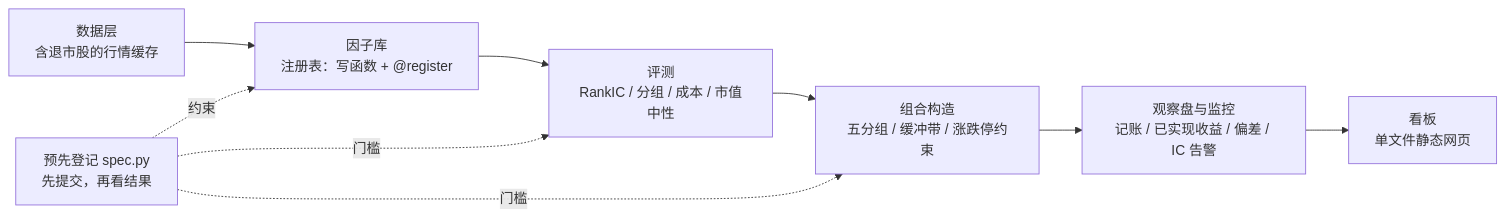
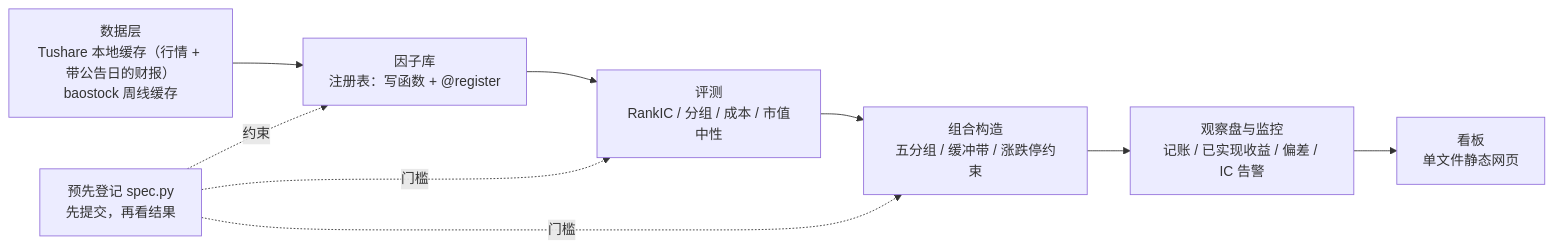
The diagram in README.md (kennywu411-dev/quant-allocation-research), drawn with Mermaid before and after one commit. The commit also changed other lines of this file and 19 other files, not shown here.

Commit message:
看板重做（19 次试验结果表、勘误对照、回撤与分年超额、数据层覆盖）；README 加看板截图；Tushare 数据层与离线测试；月度流水线默认数据源改为 Tushare

````diff
--- a/README.md
+++ b/README.md
@@ -25,11 +29,11 @@
 ```mermaid
 flowchart LR
-    A["数据层<br/>含退市股的行情缓存"] --> B["因子库<br/>注册表：写函数 + @register"]
+    A["数据层<br/>Tushare 本地缓存（行情 + 带公告日的财报）<br/>baostock 周线缓存"] --> B["因子库<br/>注册表：写函数 + @register"]
     B --> C["评测<br/>RankIC / 分组 / 成本 / 市值中性"]
     C --> D["组合构造<br/>五分组 / 缓冲带 / 涨跌停约束"]
     D --> E["观察盘与监控<br/>记账 / 已实现收益 / 偏差 / IC 告警"]
     E --> F["看板<br/>单文件静态网页"]
     S["预先登记 spec.py<br/>先提交，再看结果"] -.约束.-> B
     S -.门槛.-> C
     S -.门槛.-> D
 ```
````
